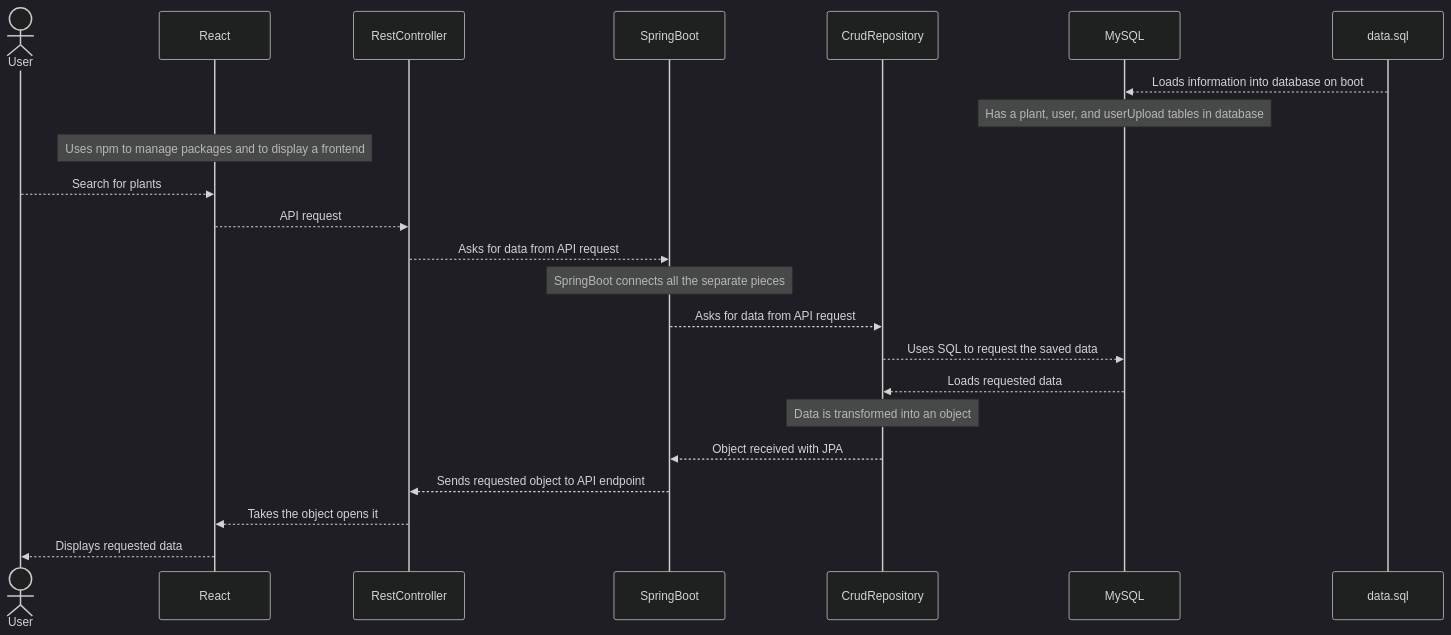
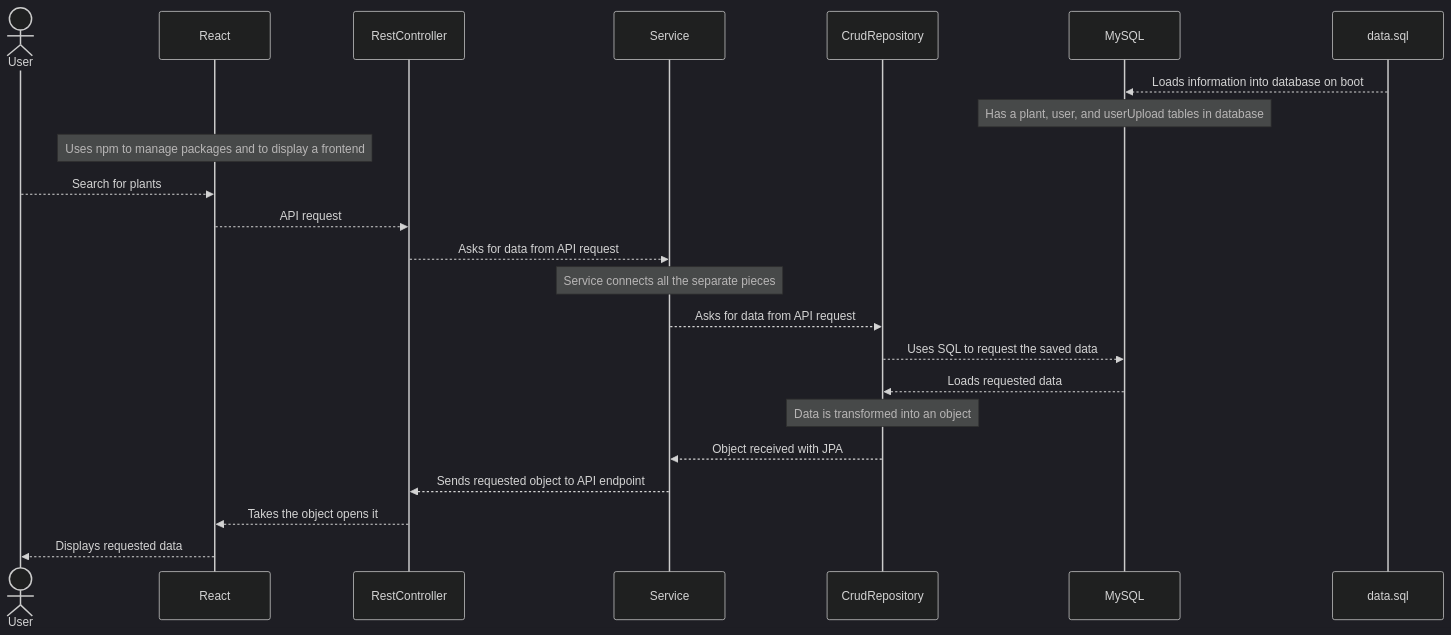
Before and after one commit to dawsonblack/UIP: the diagram in README.md, drawn with Mermaid (dark theme).

````diff
--- a/README.md
+++ b/README.md
@@ -69,33 +69,33 @@
 ``` mermaid
 sequenceDiagram
 
 actor User
 participant React
 participant RestController
-participant SpringBoot
+participant Service
 participant CrudRepository
 participant MySQL
 participant data.sql
 
 
 data.sql -->> MySQL: Loads information into database on boot
 note over MySQL: Has a plant, user, and userUpload tables in database
 note over React: Uses npm to manage packages and to display a frontend
 
 User -->> React: Search for plants
 React -->> RestController: API request
-RestController -->> SpringBoot: Asks for data from API request
-note over SpringBoot: SpringBoot connects all the separate pieces
+RestController -->> Service: Asks for data from API request
+note over Service: Service connects all the separate pieces
 
-SpringBoot -->> CrudRepository: Asks for data from API request
+Service -->> CrudRepository: Asks for data from API request
 CrudRepository -->> MySQL: Uses SQL to request the saved data
 
 MySQL -->> CrudRepository: Loads requested data
 note over CrudRepository: Data is transformed into an object
-CrudRepository -->> SpringBoot: Object received with JPA
+CrudRepository -->> Service: Object received with JPA
 
-SpringBoot -->> RestController: Sends requested object to API endpoint
+Service -->> RestController: Sends requested object to API endpoint
 RestController -->> React: Takes the object opens it
 React -->> User: Displays requested data
 
 ```
````
